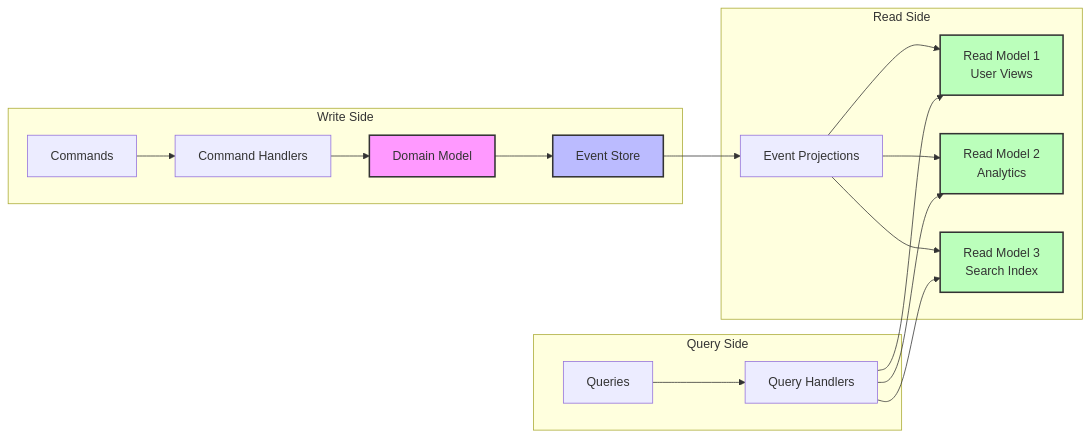
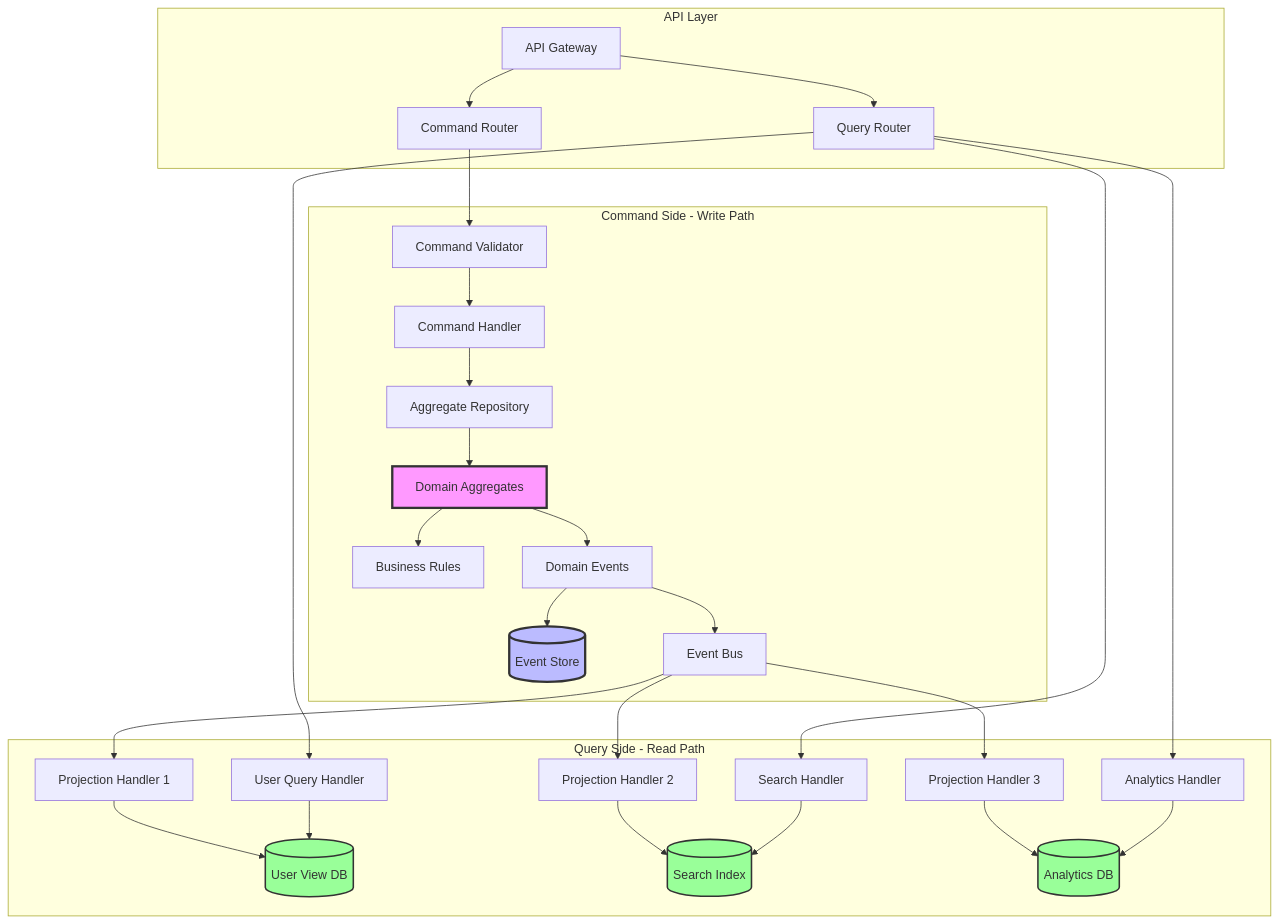
Before and after one commit to deepaucksharma/DStudio: the second of 5 diagrams in docs/patterns/cqrs.md, drawn with Mermaid. The commit also changed other lines of this file and 181 other files, not shown here.

````diff
--- a/docs/patterns/cqrs.md
+++ b/docs/patterns/cqrs.md
@@ -56,28 +163,43 @@
 ```mermaid
-graph LR
-    subgraph "Write Side"
-        CMD[Commands] --> CH[Command Handlers]
-        CH --> DM[Domain Model]
-        DM --> ES[Event Store]
+graph TB
+    subgraph "API Layer"
+        API[API Gateway]
+        API --> CR[Command Router]
+        API --> QR[Query Router]
     end
-
-    subgraph "Read Side"
-        ES --> EP[Event Projections]
-        EP --> RM1[Read Model 1<br/>User Views]
-        EP --> RM2[Read Model 2<br/>Analytics]
-        EP --> RM3[Read Model 3<br/>Search Index]
+    
+    subgraph "Command Side - Write Path"
+        CR --> CV[Command Validator]
+        CV --> CH[Command Handler]
+        CH --> AR[Aggregate Repository]
+        AR --> AGG[Domain Aggregates]
+        AGG --> BR[Business Rules]
+        AGG --> EVT[Domain Events]
+        EVT --> ES[(Event Store)]
+        EVT --> EB[Event Bus]
     end
-
-    subgraph "Query Side"
-        Q[Queries] --> QH[Query Handlers]
-        QH --> RM1
-        QH --> RM2
-        QH --> RM3
+    
+    subgraph "Query Side - Read Path"
+        EB --> EP1[Projection Handler 1]
+        EB --> EP2[Projection Handler 2]
+        EB --> EP3[Projection Handler 3]
+        
+        EP1 --> RM1[(User View DB)]
+        EP2 --> RM2[(Search Index)]
+        EP3 --> RM3[(Analytics DB)]
+        
+        QR --> QH1[User Query Handler]
+        QR --> QH2[Search Handler]
+        QR --> QH3[Analytics Handler]
+        
+        QH1 --> RM1
+        QH2 --> RM2
+        QH3 --> RM3
     end
-
-    style DM fill:#f9f,stroke:#333,stroke-width:2px
-    style ES fill:#bbf,stroke:#333,stroke-width:2px
-    style RM1 fill:#bfb,stroke:#333,stroke-width:2px
-    style RM2 fill:#bfb,stroke:#333,stroke-width:2px
-    style RM3 fill:#bfb,stroke:#333,stroke-width:2px
+    
+    style AGG fill:#f9f,stroke:#333,stroke-width:3px
+    style ES fill:#bbf,stroke:#333,stroke-width:3px
+    style RM1 fill:#9f9,stroke:#333,stroke-width:2px
+    style RM2 fill:#9f9,stroke:#333,stroke-width:2px
+    style RM3 fill:#9f9,stroke:#333,stroke-width:2px
 ```
````
